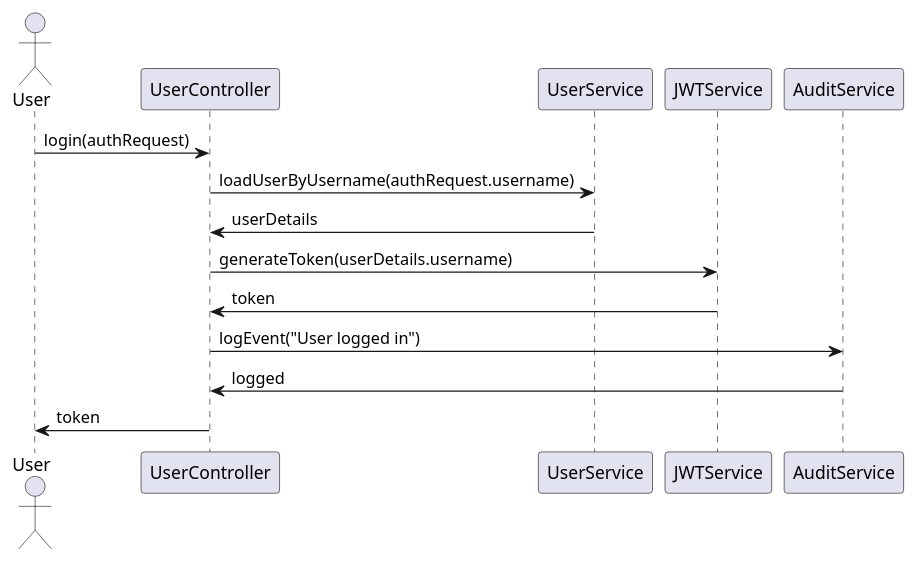
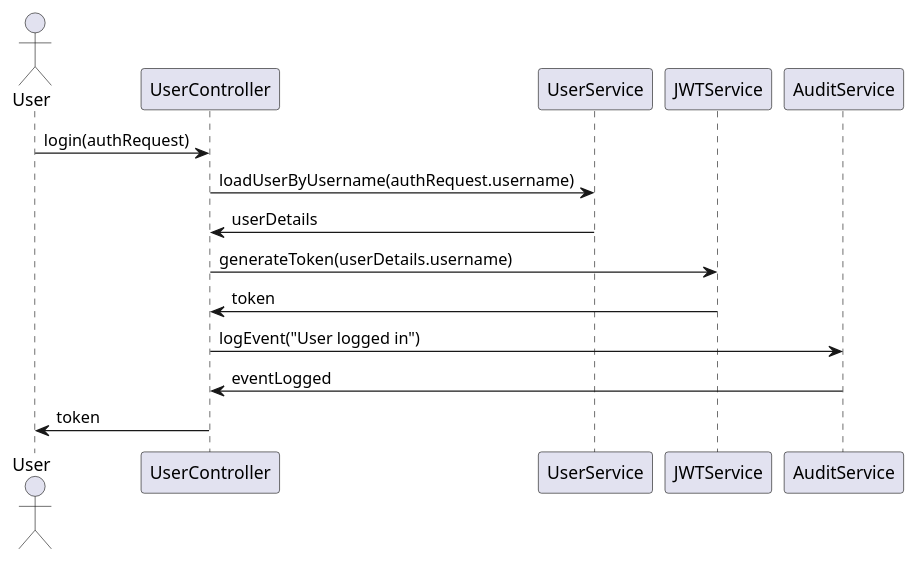
One commit to Dinesh-s95/AutoDoc.ai changed the second of 5 diagrams in identityprovider/documentation/detaileddesign.adoc. Above: the diagram before and after it, drawn with PlantUML. The commit also changed other lines of this file and 4 other files, not shown here.

````diff
--- a/identityprovider/documentation/detaileddesign.adoc
+++ b/identityprovider/documentation/detaileddesign.adoc
@@ -325,18 +314,18 @@
 ```plantuml
 @startuml
 actor User
 participant UserController
 participant UserService
 participant JWTService
 participant AuditService
 
 User -> UserController : login(authRequest)
 UserController -> UserService : loadUserByUsername(authRequest.username)
 UserService -> UserController : userDetails
 UserController -> JWTService : generateToken(userDetails.username)
 JWTService -> UserController : token
 UserController -> AuditService : logEvent("User logged in")
-AuditService -> UserController : logged
+AuditService -> UserController : eventLogged
 UserController -> User : token
 @enduml
 ```
````
